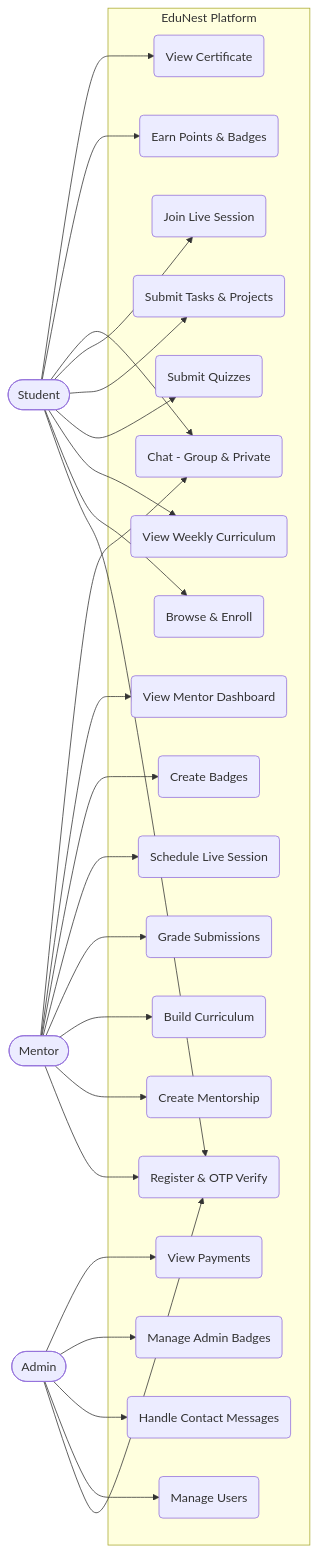
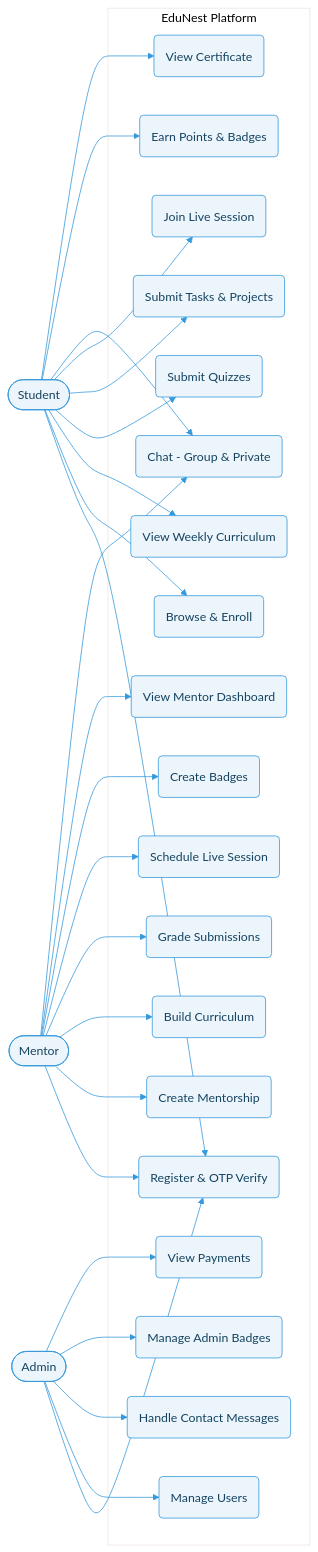
One commit to MooRaa86/EduNest changed the first of 2 diagrams in README.md. Above: the diagram before and after it, drawn with Mermaid. The commit also changed other lines of this file, not shown here.

Commit message:
adding readme file

````diff
--- a/README.md
+++ b/README.md
@@ -108,53 +108,54 @@
 ```mermaid
+%%{init: {'theme': 'base', 'themeVariables': {'primaryColor': '#ebf5fb', 'primaryTextColor': '#154360', 'primaryBorderColor': '#3498db', 'lineColor': '#3498db', 'textColor': '#3498db'}}}%%
 flowchart LR
   Student([Student])
   Mentor([Mentor])
   Admin([Admin])
 
   subgraph EduNest Platform
     UC1(Register & OTP Verify)
     UC2(Browse & Enroll)
     UC3(View Weekly Curriculum)
     UC4(Submit Quizzes)
     UC5(Submit Tasks & Projects)
     UC6(Join Live Session)
     UC7(Chat - Group & Private)
     UC8(Earn Points & Badges)
     UC9(View Certificate)
     UC10(Create Mentorship)
     UC11(Build Curriculum)
     UC12(Grade Submissions)
     UC13(Schedule Live Session)
     UC14(Create Badges)
     UC15(View Mentor Dashboard)
     UC16(Manage Users)
     UC17(Handle Contact Messages)
     UC18(Manage Admin Badges)
     UC19(View Payments)
   end
 
   Student --> UC1
   Student --> UC2
   Student --> UC3
   Student --> UC4
   Student --> UC5
   Student --> UC6
   Student --> UC7
   Student --> UC8
   Student --> UC9
 
   Mentor --> UC1
   Mentor --> UC10
   Mentor --> UC11
   Mentor --> UC12
   Mentor --> UC13
   Mentor --> UC14
   Mentor --> UC15
   Mentor --> UC7
 
   Admin --> UC1
   Admin --> UC16
   Admin --> UC17
   Admin --> UC18
   Admin --> UC19
 ```
````
